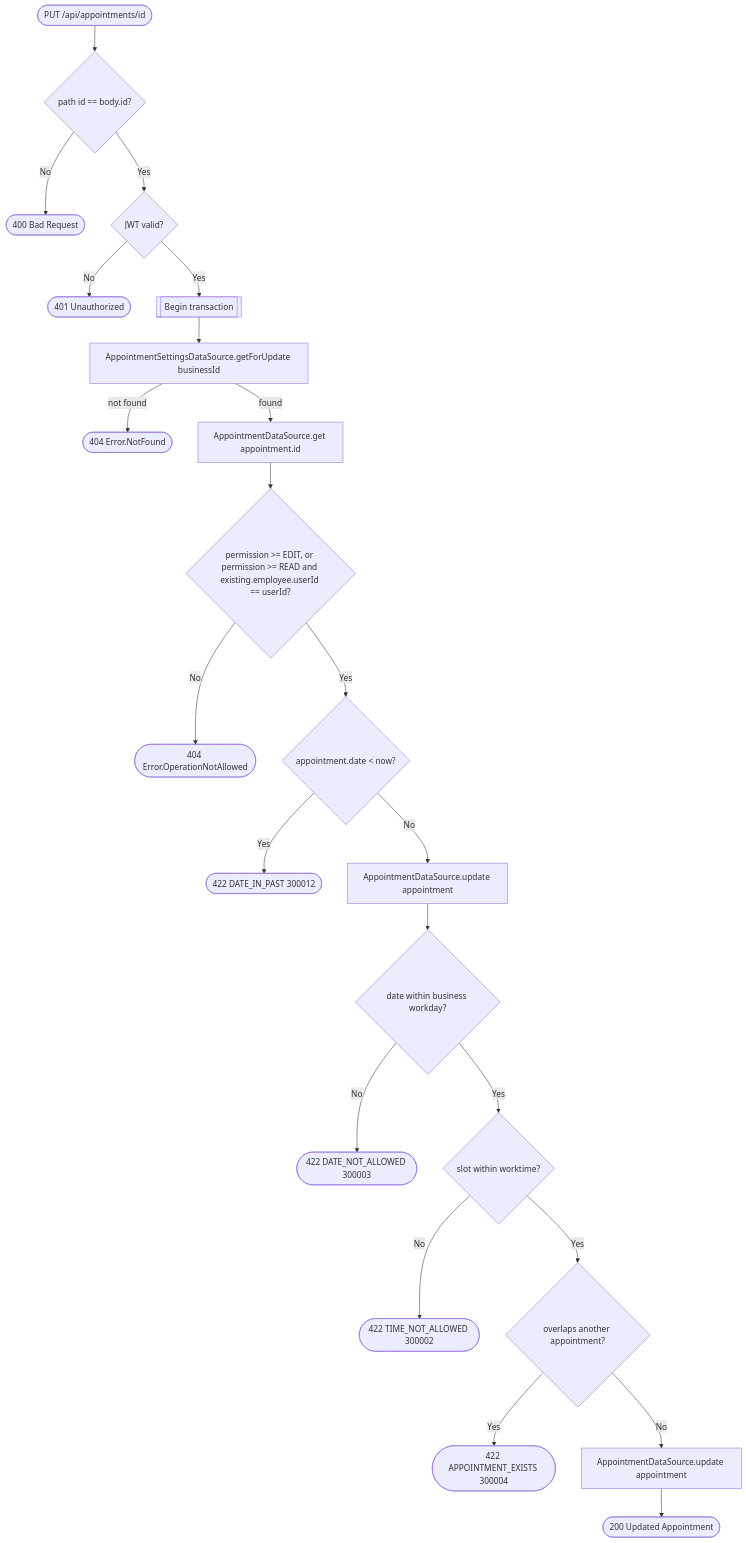
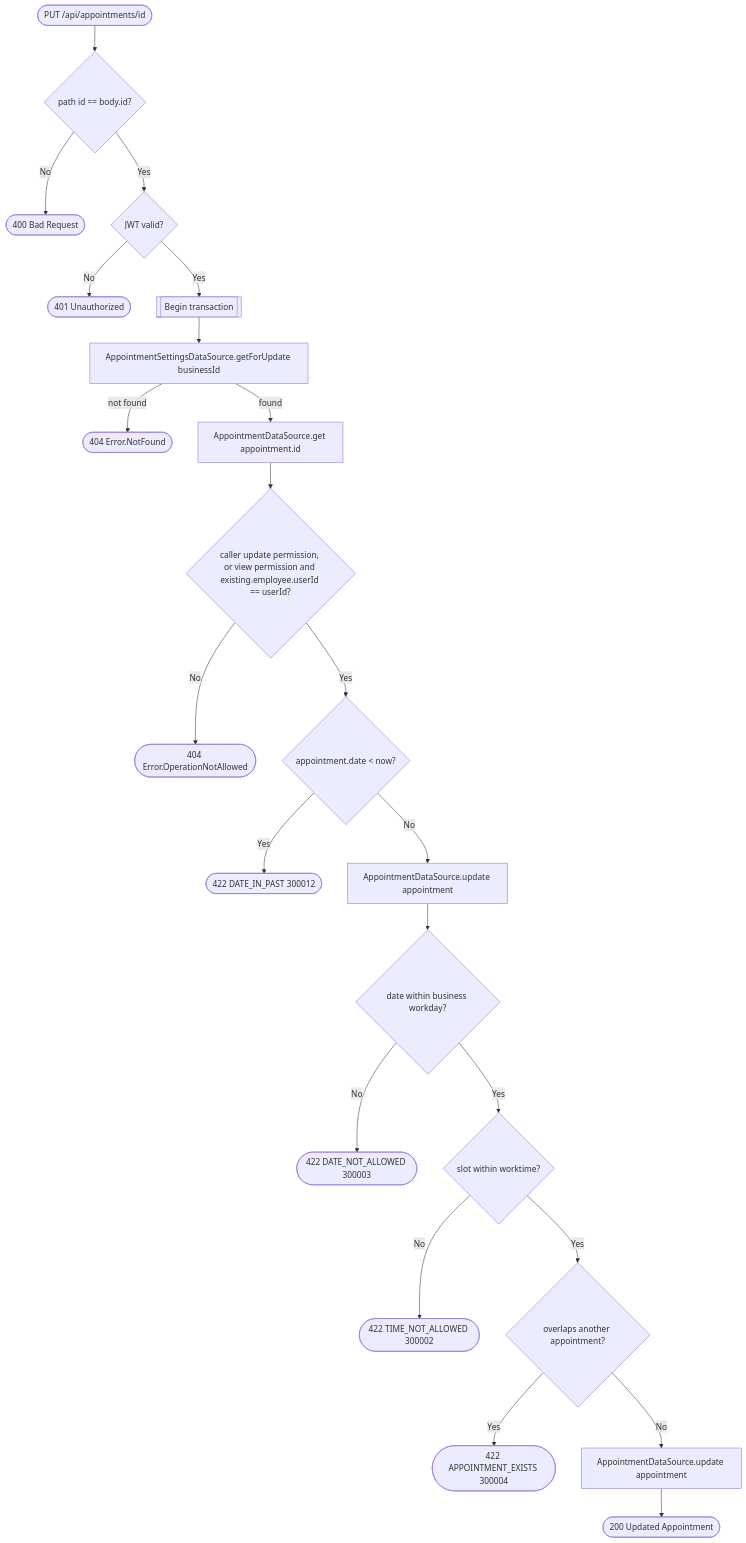
One commit to an22/bookk.me-backend changed the diagram in docs/operations/appointments/update-appointment.md. Above: the diagram before and after it, drawn with Mermaid. The commit also changed other lines of this file and 157 other files, not shown here.

````diff
--- a/docs/operations/appointments/update-appointment.md
+++ b/docs/operations/appointments/update-appointment.md
@@ -15,24 +15,24 @@
 ```mermaid
 flowchart TD
     Start([PUT /api/appointments/id]) --> PathCheck{path id == body.id?}
     PathCheck -- No --> R400([400 Bad Request])
     PathCheck -- Yes --> Auth{JWT valid?}
     Auth -- No --> R401([401 Unauthorized])
     Auth -- Yes --> Tx[[Begin transaction]]
     Tx --> Settings[AppointmentSettingsDataSource.getForUpdate businessId]
     Settings -- not found --> R404a([404 Error.NotFound])
     Settings -- found --> GetExisting[AppointmentDataSource.get appointment.id]
-    GetExisting --> Perm{permission >= EDIT, or permission >= READ and existing.employee.userId == userId?}
+    GetExisting --> Perm{caller update permission, or view permission and existing.employee.userId == userId?}
     Perm -- No --> R404b([404 Error.OperationNotAllowed])
     Perm -- Yes --> PastCheck{appointment.date < now?}
     PastCheck -- Yes --> R422a([422 DATE_IN_PAST 300012])
     PastCheck -- No --> Update1[AppointmentDataSource.update appointment]
     Update1 --> WorkdayCheck{date within business workday?}
     WorkdayCheck -- No --> R422b([422 DATE_NOT_ALLOWED 300003])
     WorkdayCheck -- Yes --> WorktimeCheck{slot within worktime?}
     WorktimeCheck -- No --> R422c([422 TIME_NOT_ALLOWED 300002])
     WorktimeCheck -- Yes --> Overlap{overlaps another appointment?}
     Overlap -- Yes --> R422d([422 APPOINTMENT_EXISTS 300004])
     Overlap -- No --> Update2[AppointmentDataSource.update appointment]
     Update2 --> R200([200 Updated Appointment])
 ```
````
